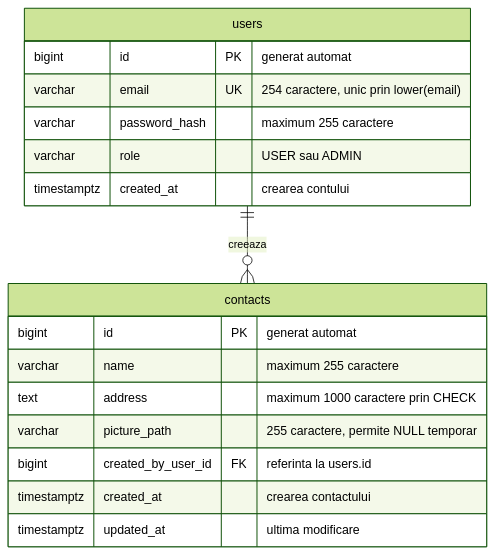
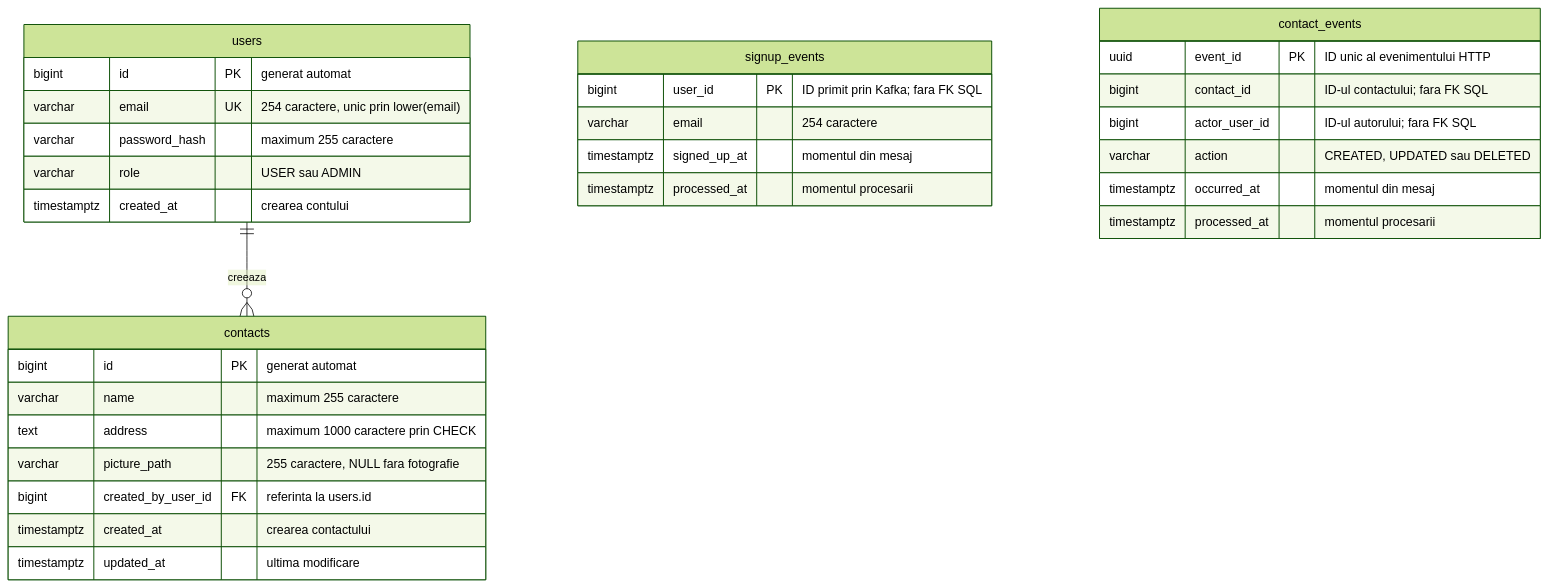
Before and after one commit to MonkeyFonkey1/netex_project: the diagram in docs/database.md, drawn with Mermaid (forest theme). The commit also changed other lines of this file and 95 other files, not shown here.

````diff
--- a/docs/database.md
+++ b/docs/database.md
@@ -39,22 +43,38 @@
 ```mermaid
 erDiagram
     users ||--o{ contacts : "creeaza"
 
     users {
         bigint id PK "generat automat"
         varchar email UK "254 caractere, unic prin lower(email)"
         varchar password_hash "maximum 255 caractere"
         varchar role "USER sau ADMIN"
         timestamptz created_at "crearea contului"
     }
 
     contacts {
         bigint id PK "generat automat"
         varchar name "maximum 255 caractere"
         text address "maximum 1000 caractere prin CHECK"
-        varchar picture_path "255 caractere, permite NULL temporar"
+        varchar picture_path "255 caractere, NULL fara fotografie"
         bigint created_by_user_id FK "referinta la users.id"
         timestamptz created_at "crearea contactului"
         timestamptz updated_at "ultima modificare"
     }
+
+    signup_events {
+        bigint user_id PK "ID primit prin Kafka; fara FK SQL"
+        varchar email "254 caractere"
+        timestamptz signed_up_at "momentul din mesaj"
+        timestamptz processed_at "momentul procesarii"
+    }
+
+    contact_events {
+        uuid event_id PK "ID unic al evenimentului HTTP"
+        bigint contact_id "ID-ul contactului; fara FK SQL"
+        bigint actor_user_id "ID-ul autorului; fara FK SQL"
+        varchar action "CREATED, UPDATED sau DELETED"
+        timestamptz occurred_at "momentul din mesaj"
+        timestamptz processed_at "momentul procesarii"
+    }
 ```
````
